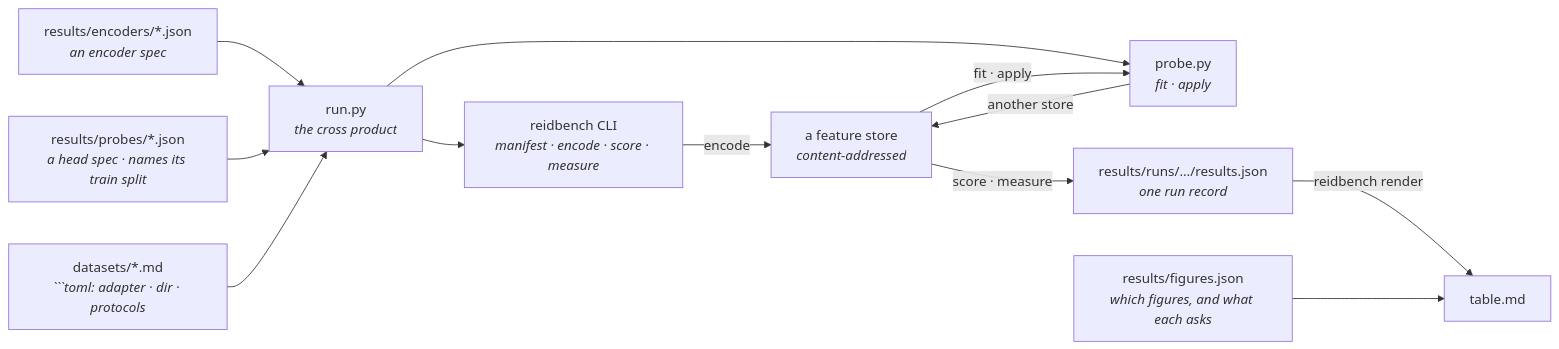
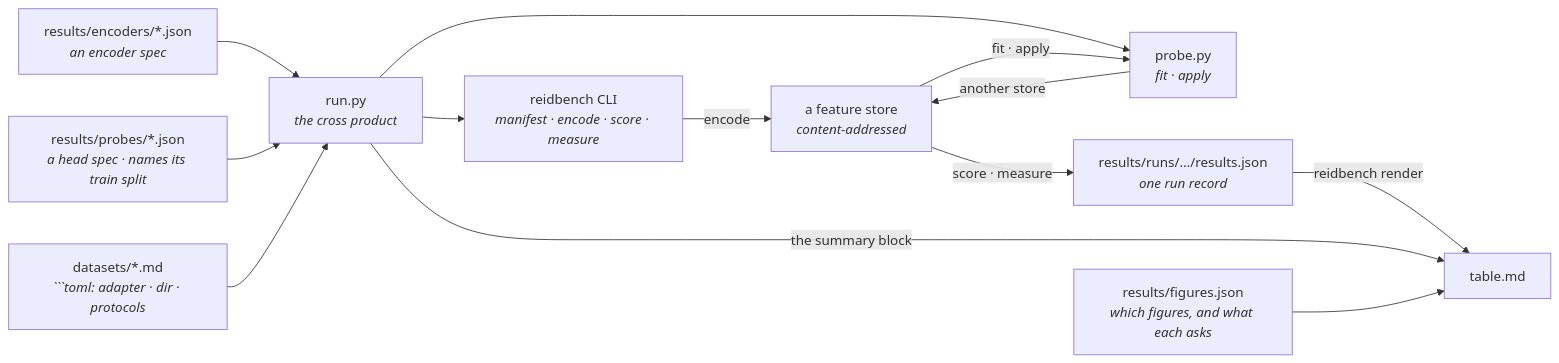
Before and after one commit to karolmajek/torment-nexus: the diagram in results/README.md, drawn with Mermaid. The commit also changed other lines of this file and 2 other files, not shown here.

````diff
--- a/results/README.md
+++ b/results/README.md
@@ -26,25 +30,26 @@
 ```mermaid
 flowchart LR
     E["results/encoders/*.json<br/><i>an encoder spec</i>"]
     P["results/probes/*.json<br/><i>a head spec · names its train split</i>"]
     D["datasets/*.md<br/><i>```toml: adapter · dir · protocols</i>"]
     R["run.py<br/><i>the cross product</i>"]
     V["reidbench CLI<br/><i>manifest · encode · score · measure</i>"]
     PR["probe.py<br/><i>fit · apply</i>"]
     F["a feature store<br/><i>content-addressed</i>"]
     RUN["results/runs/…/results.json<br/><i>one run record</i>"]
     G["results/figures.json<br/><i>which figures, and what each asks</i>"]
     T["table.md"]
 
     E --> R
     P --> R
     D --> R
     R --> V
     R --> PR
     V -->|encode| F
     F -->|fit · apply| PR
     PR -->|another store| F
     F -->|score · measure| RUN
     RUN -->|reidbench render| T
+    R -->|the summary block| T
     G --> T
 ```
````
